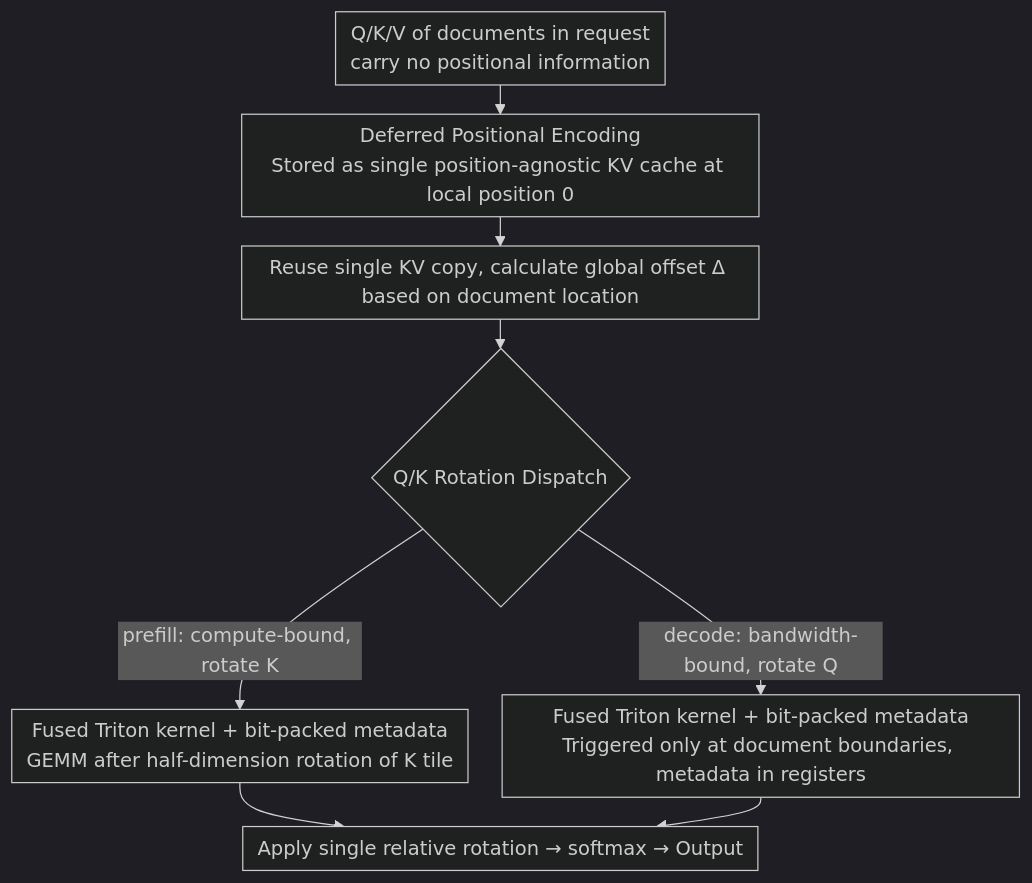
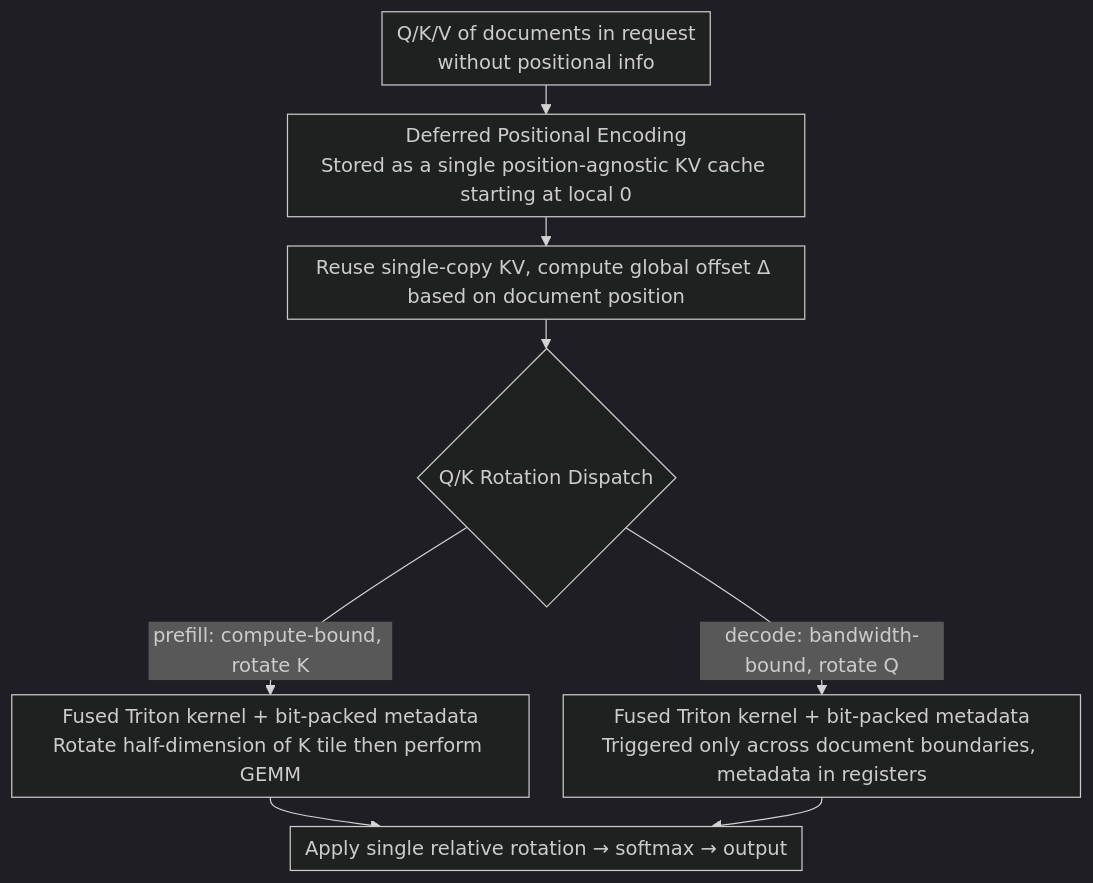
The diagram in docs/ICML2026/information_retrieval/lazyattention_efficient_retrieval-augmented_generation_with_deferred_positional_.md (zhaoyang97/Paper-Notes-en), drawn with Mermaid (dark theme) before and after one commit. The commit also changed other lines of this file and 5084 other files, not shown here.

````diff
--- a/docs/ICML2026/information_retrieval/lazyattention_efficient_retrieval-augmented_generation_with_deferred_positional_.md
+++ b/docs/ICML2026/information_retrieval/lazyattention_efficient_retrieval-augmented_generation_with_deferred_positional_.md
@@ -42,11 +42,11 @@
 ```mermaid
 %%{init: {'flowchart': {'rankSpacing': 24, 'nodeSpacing': 28, 'padding': 6, 'wrappingWidth': 400}}}%%
 flowchart TD
-    A["Q/K/V of documents in request<br/>carry no positional information"] --> B["Deferred Positional Encoding<br/>Stored as single position-agnostic KV cache at local position 0"]
-    B --> C["Reuse single KV copy, calculate global offset Δ based on document location"]
+    A["Q/K/V of documents in request<br/>without positional info"] --> B["Deferred Positional Encoding<br/>Stored as a single position-agnostic KV cache starting at local 0"]
+    B --> C["Reuse single-copy KV, compute global offset Δ based on document position"]
     C --> D{"Q/K Rotation Dispatch"}
-    D -->|"prefill: compute-bound, rotate K"| E["Fused Triton kernel + bit-packed metadata<br/>GEMM after half-dimension rotation of K tile"]
-    D -->|"decode: bandwidth-bound, rotate Q"| F["Fused Triton kernel + bit-packed metadata<br/>Triggered only at document boundaries, metadata in registers"]
-    E --> G["Apply single relative rotation → softmax → Output"]
+    D -->|"prefill: compute-bound, rotate K"| E["Fused Triton kernel + bit-packed metadata<br/>Rotate half-dimension of K tile then perform GEMM"]
+    D -->|"decode: bandwidth-bound, rotate Q"| F["Fused Triton kernel + bit-packed metadata<br/>Triggered only across document boundaries, metadata in registers"]
+    E --> G["Apply single relative rotation → softmax → output"]
     F --> G
 ```
````
